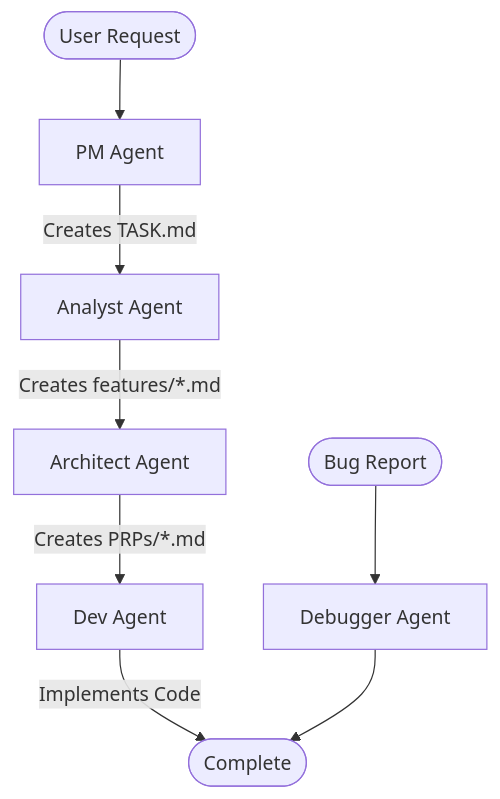
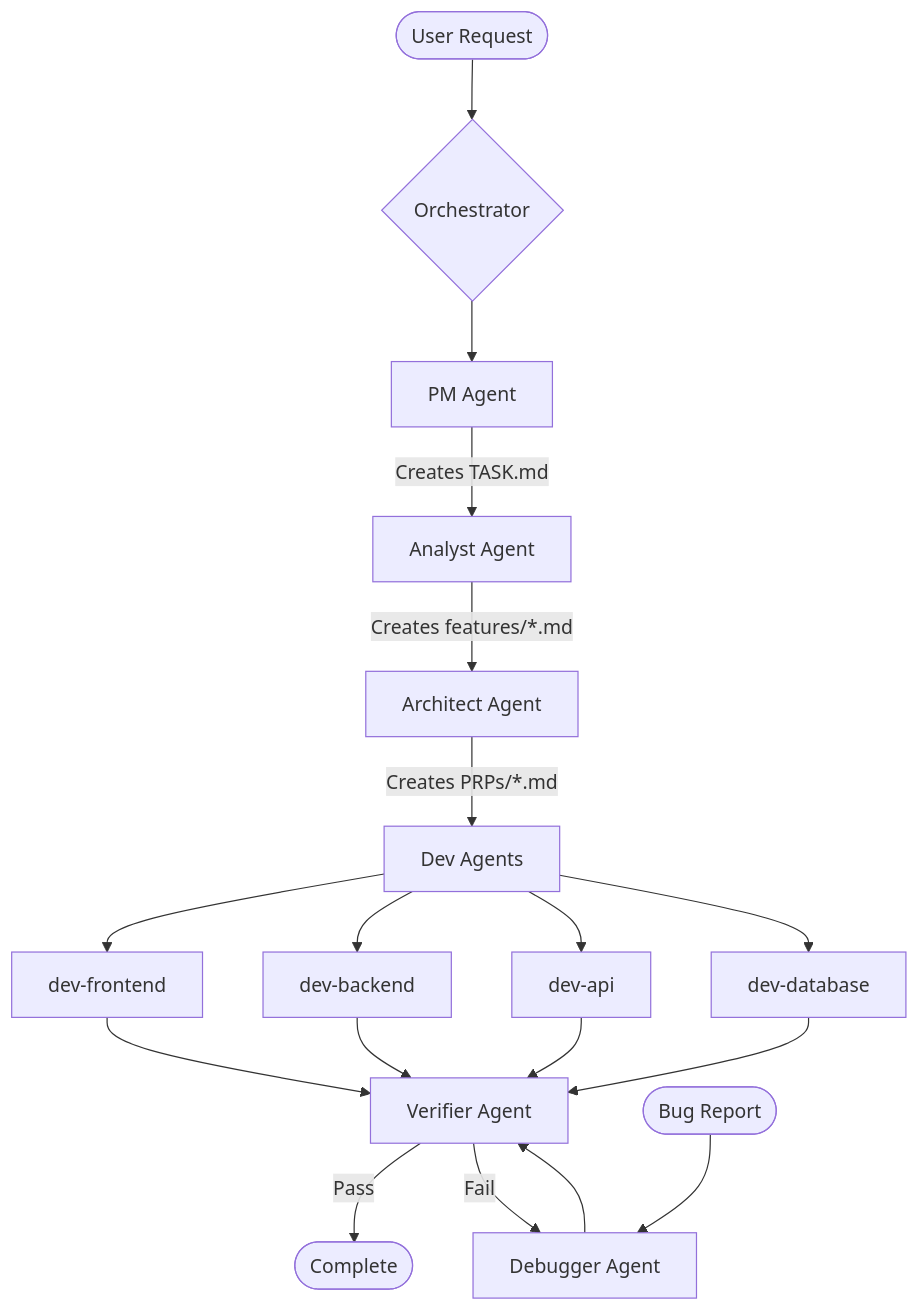
Before and after one commit to dejay2/contextengineeringagents: the diagram in README.md, drawn with Mermaid. The commit also changed other lines of this file and 8 other files, not shown here.

First line of the commit message:
refactor: Update documentation to reflect orchestrator-driven architecture

````diff
--- a/README.md
+++ b/README.md
@@ -11,11 +11,24 @@
 ```mermaid
 graph TD
-    Start([User Request]) --> PM[PM Agent]
+    Start([User Request]) --> Orchestrator{Orchestrator}
+    Orchestrator --> PM[PM Agent]
     PM -->|Creates TASK.md| Analyst[Analyst Agent]
     Analyst -->|Creates features/*.md| Architect[Architect Agent]
-    Architect -->|Creates PRPs/*.md| Dev[Dev Agent]
-    Dev -->|Implements Code| End([Complete])
+    Architect -->|Creates PRPs/*.md| DevAgents[Dev Agents]
     
-    Bug([Bug Report]) --> Debugger[Debugger Agent]
-    Debugger --> End
+    DevAgents --> Frontend[dev-frontend]
+    DevAgents --> Backend[dev-backend] 
+    DevAgents --> API[dev-api]
+    DevAgents --> Database[dev-database]
+    
+    Frontend --> Verifier[Verifier Agent]
+    Backend --> Verifier
+    API --> Verifier
+    Database --> Verifier
+    
+    Verifier -->|Pass| Complete([Complete])
+    Verifier -->|Fail| Debugger[Debugger Agent]
+    Debugger --> Verifier
+    
+    Bug([Bug Report]) --> Debugger
 ```
````
